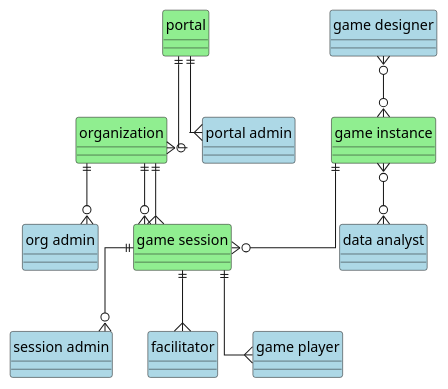
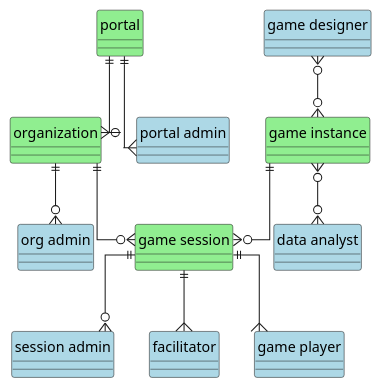
One commit to averbraeck/gscg-design changed the diagram in doc/1-scope/diagrams/stakeholders.puml. Above: the diagram before and after it, drawn with PlantUML.

```diff
--- a/doc/1-scope/diagrams/stakeholders.puml
+++ b/doc/1-scope/diagrams/stakeholders.puml
@@ -1,34 +1,33 @@
 @startuml
 
 ' config
 hide circle
 skinparam linetype ortho
 
 ' objects
 entity "portal" as portal #back:lightgreen
 entity "organization" as organization #back:lightgreen
 entity "game instance" as game #back:lightgreen
 entity "game session" as session #back:lightgreen
 
 entity "portal admin" as padmin #back:lightblue
 entity "org admin" as oadmin #back:lightblue 
 entity "session admin" as sadmin #back:lightblue
 entity "game designer" as designer #back:lightblue
 entity "facilitator" as facilitator #back:lightblue
 entity "data analyst" as analyst #back:lightblue
 entity "game player" as player #back:lightblue
 
 ' relations
 game ||--o{ session
 portal ||--{ padmin
 portal ||--o{ organization
 organization ||--o{ oadmin
 organization ||--o{ session
 session ||--{ player
 session ||--{ facilitator
 session ||--o{ sadmin
-organization ||--{ session
 designer }o--o{ game
 game }o--o{ analyst
 
 @enduml
```
